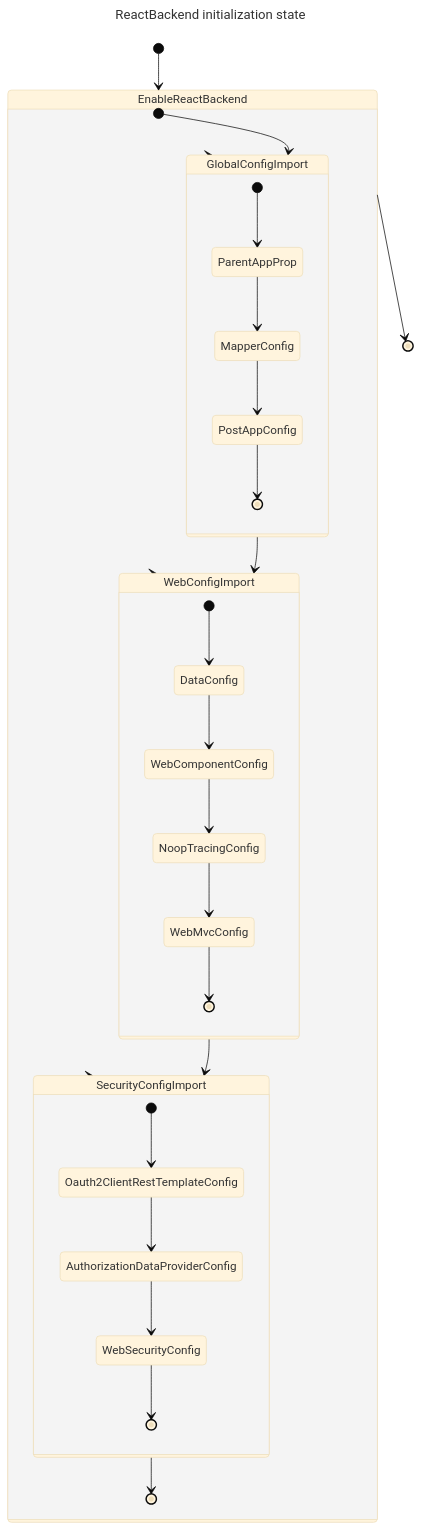
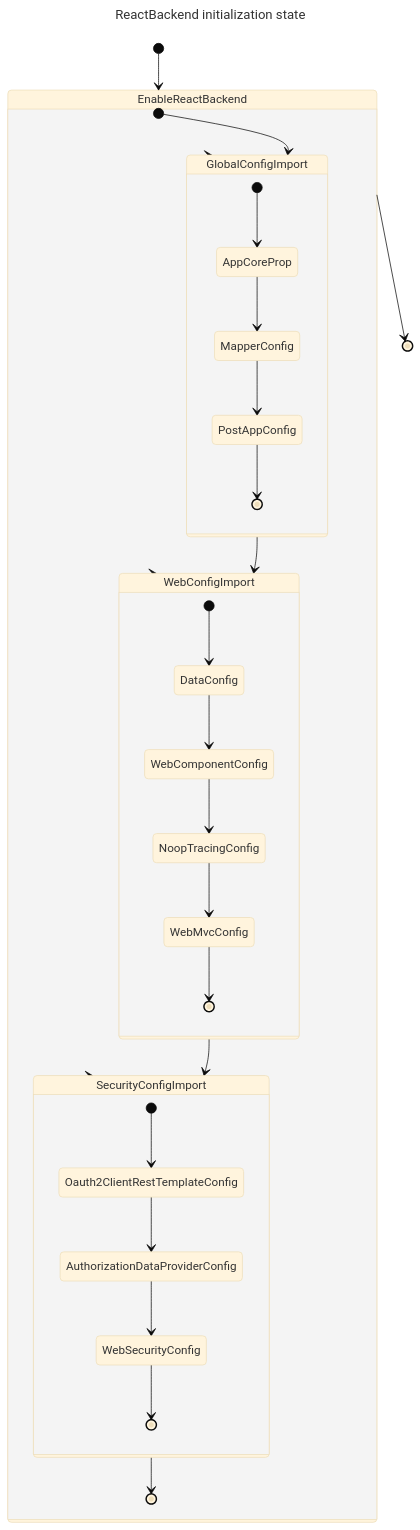
The fourth of 4 diagrams in README.md (siukatech/poc-react-backend-core), drawn with Mermaid (base theme) before and after one commit. The commit also changed other lines of this file and 256 other files, not shown here.

Commit message:
refactor: rename -parent to -core

````diff
--- a/README.md
+++ b/README.md
@@ -592,39 +592,39 @@
 ```mermaid
 ---
 title: ReactBackend initialization state
 ---
 stateDiagram-v2
     [*] --> EnableReactBackend
     EnableReactBackend --> GlobalConfigImport
     EnableReactBackend --> WebConfigImport
     EnableReactBackend --> SecurityConfigImport
     
     EnableReactBackend --> [*]
     
     state EnableReactBackend {
         [*] --> GlobalConfigImport
         GlobalConfigImport --> WebConfigImport
         WebConfigImport --> SecurityConfigImport
         SecurityConfigImport --> [*]
     }
     state GlobalConfigImport {
-        [*] --> ParentAppProp
-        ParentAppProp --> MapperConfig
+        [*] --> AppCoreProp
+        AppCoreProp --> MapperConfig
         MapperConfig --> PostAppConfig
         PostAppConfig --> [*]
     }
     state WebConfigImport {
         [*] --> DataConfig
         DataConfig --> WebComponentConfig
         WebComponentConfig --> NoopTracingConfig
         NoopTracingConfig --> WebMvcConfig
         WebMvcConfig --> [*]
     }
     state SecurityConfigImport {
         [*] --> Oauth2ClientRestTemplateConfig
         Oauth2ClientRestTemplateConfig --> AuthorizationDataProviderConfig
         AuthorizationDataProviderConfig --> WebSecurityConfig
         WebSecurityConfig --> [*]
     }
 
 ```
````
